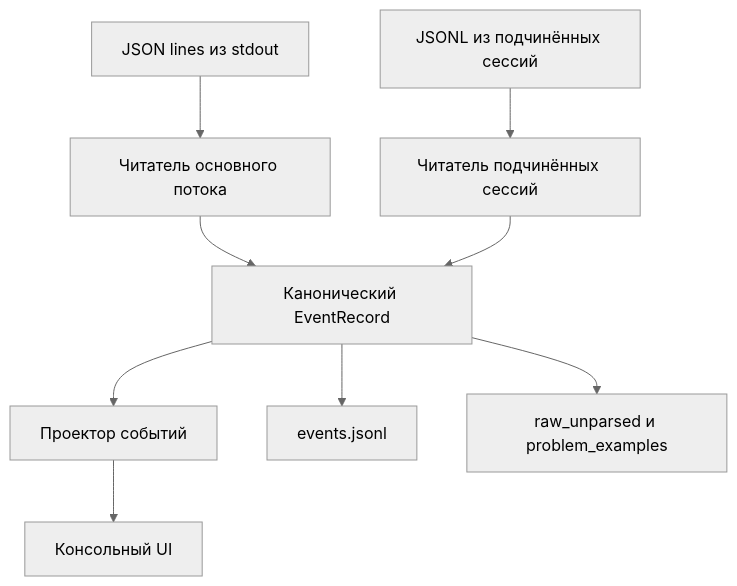
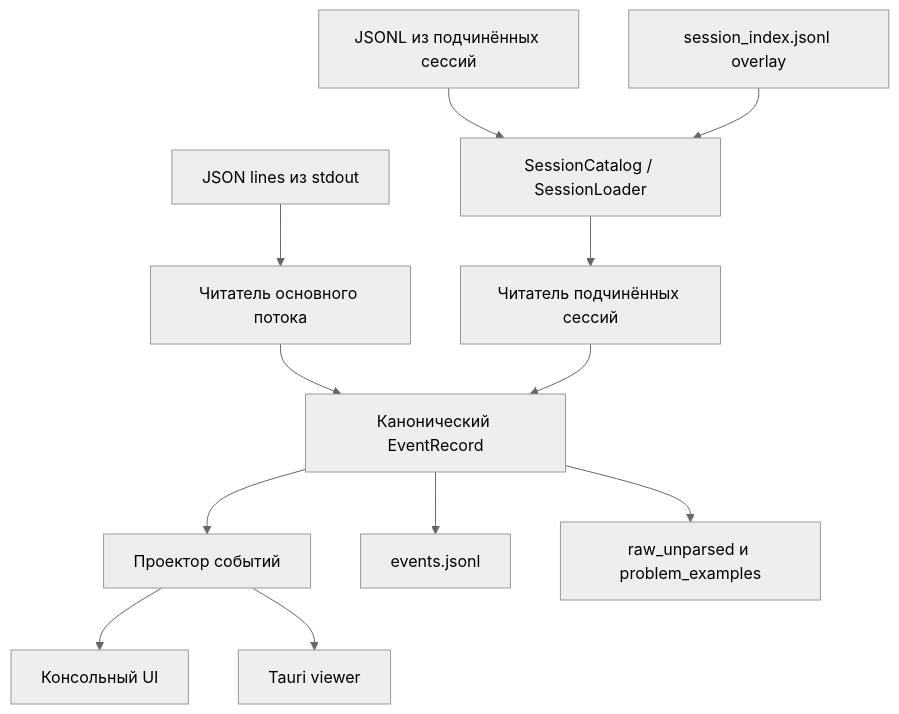
The fourth of 11 diagrams in docs/architecture/arc42/architecture.md (alkoleft/codex-session-view), drawn with Mermaid (neutral theme) before and after one commit. The commit also changed other lines of this file and 55 other files, not shown here.

Commit message:
Extract codex-log and add Tauri log viewer

````diff
--- a/docs/architecture/arc42/architecture.md
+++ b/docs/architecture/arc42/architecture.md
@@ -233,11 +247,14 @@
 ```mermaid
 flowchart TD
     MAIN[JSON lines из stdout] --> R1[Читатель основного потока]
-    SUB[JSONL из подчинённых сессий] --> R2[Читатель подчинённых сессий]
+    SUB[JSONL из подчинённых сессий] --> CAT[SessionCatalog / SessionLoader]
+    IDX[session_index.jsonl overlay] --> CAT
+    CAT --> R2[Читатель подчинённых сессий]
     R1 --> REC[Канонический EventRecord]
     R2 --> REC
     REC --> PROJ[Проектор событий]
     REC --> EVTLOG[events.jsonl]
     REC --> RAW[raw_unparsed и problem_examples]
     PROJ --> UI[Консольный UI]
+    PROJ --> VIEW[Tauri viewer]
 ```
````
